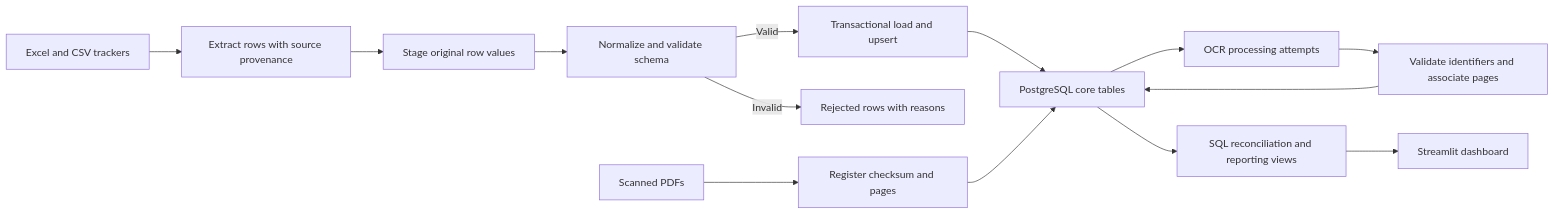
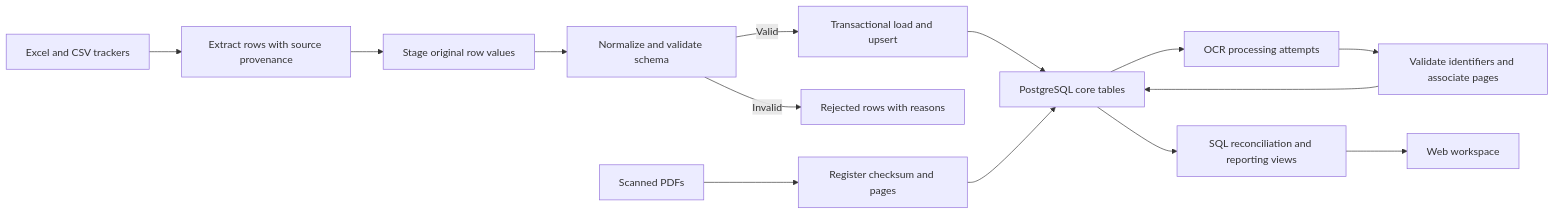
The second of 2 diagrams in docs/decisions/0002-relational-store-and-etl.md (andres-linero/object-character-recognition-ocr), drawn with Mermaid before and after one commit. The commit also changed other lines of this file and 50 other files, not shown here.

````diff
--- a/docs/decisions/0002-relational-store-and-etl.md
+++ b/docs/decisions/0002-relational-store-and-etl.md
@@ -61,16 +67,16 @@
 ```mermaid
 flowchart LR
     Sources[Excel and CSV trackers] --> Extract[Extract rows with source provenance]
     PDFs[Scanned PDFs] --> Register[Register checksum and pages]
     Extract --> Stage[Stage original row values]
     Stage --> Validate[Normalize and validate schema]
     Validate -->|Invalid| Reject[Rejected rows with reasons]
     Validate -->|Valid| Load[Transactional load and upsert]
     Load --> Core[PostgreSQL core tables]
     Register --> Core
     Core --> OCR[OCR processing attempts]
     OCR --> Match[Validate identifiers and associate pages]
     Match --> Core
     Core --> Views[SQL reconciliation and reporting views]
-    Views --> UI[Streamlit dashboard]
+    Views --> UI[Web workspace]
 ```
````
